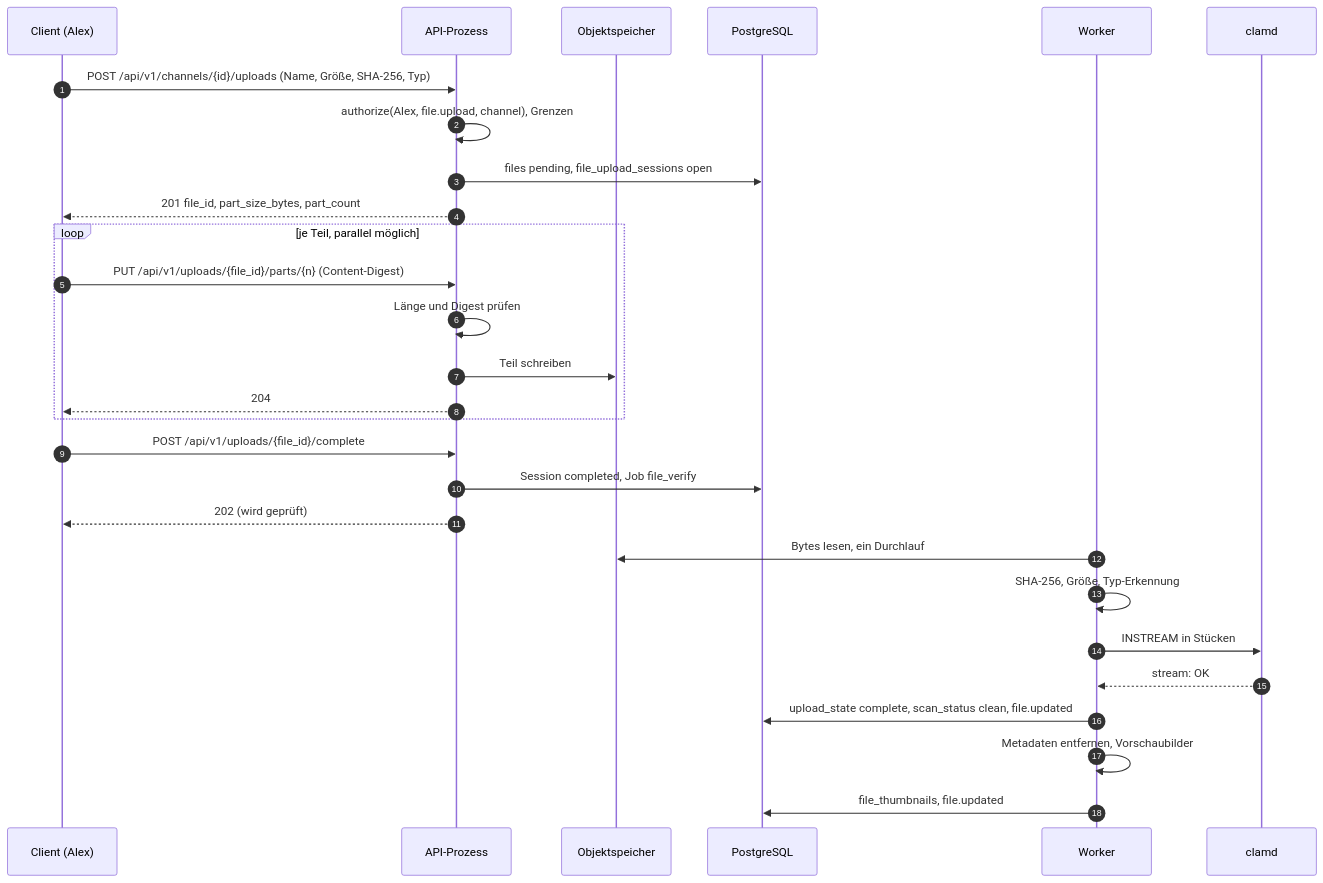
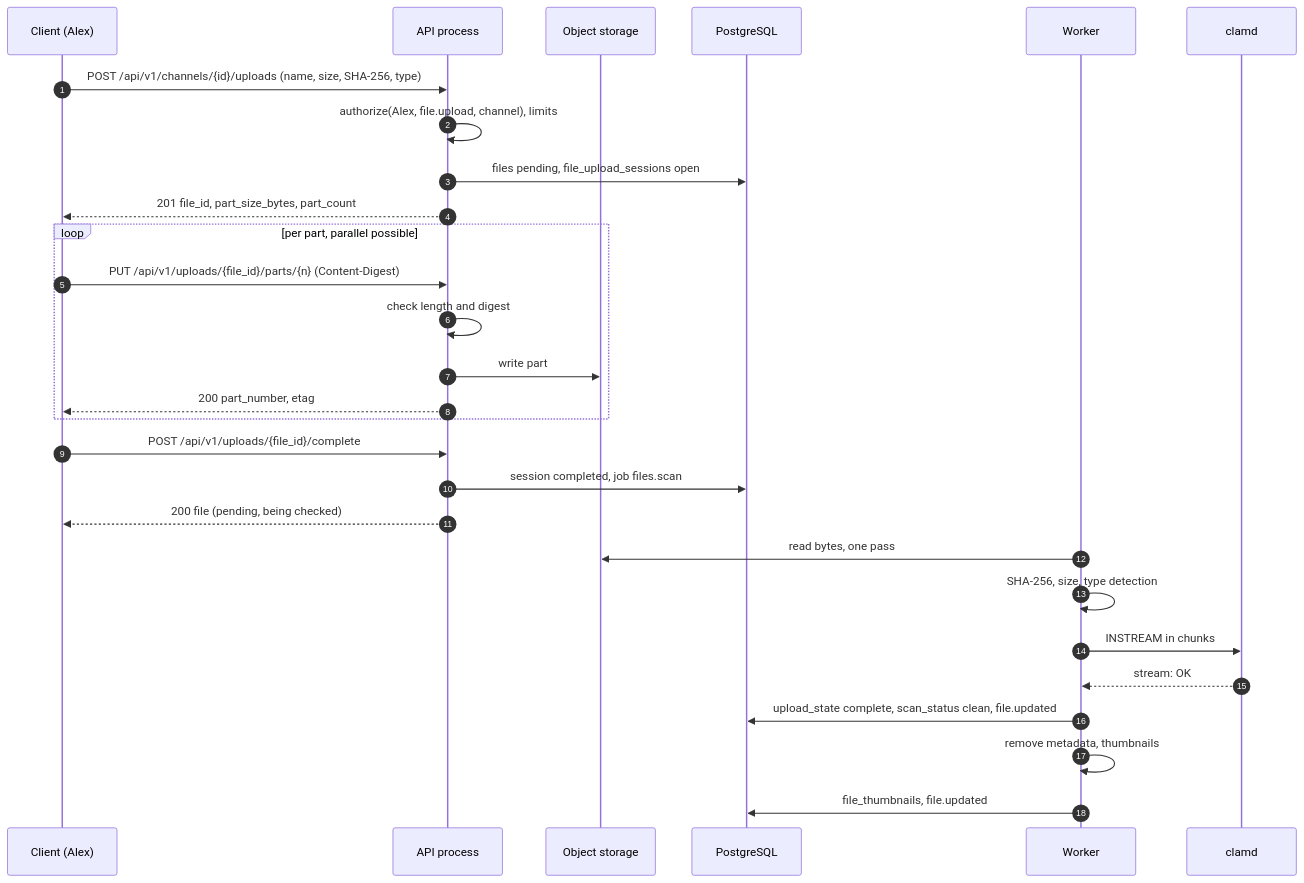
The second of 2 diagrams in docs/spec/12-dateien.md (mguttmann/bothy), drawn with Mermaid before and after one commit. The commit also changed other lines of this file and 139 other files, not shown here.

````diff
--- a/docs/spec/12-dateien.md
+++ b/docs/spec/12-dateien.md
@@ -186,30 +222,30 @@
 ```mermaid
 sequenceDiagram
     autonumber
     participant C as Client (Alex)
-    participant API as API-Prozess
-    participant OS as Objektspeicher
+    participant API as API process
+    participant OS as Object storage
     participant DB as PostgreSQL
     participant W as Worker
     participant AV as clamd
-    C->>API: POST /api/v1/channels/{id}/uploads (Name, Größe, SHA-256, Typ)
-    API->>API: authorize(Alex, file.upload, channel), Grenzen
+    C->>API: POST /api/v1/channels/{id}/uploads (name, size, SHA-256, type)
+    API->>API: authorize(Alex, file.upload, channel), limits
     API->>DB: files pending, file_upload_sessions open
     API-->>C: 201 file_id, part_size_bytes, part_count
-    loop je Teil, parallel möglich
+    loop per part, parallel possible
         C->>API: PUT /api/v1/uploads/{file_id}/parts/{n} (Content-Digest)
-        API->>API: Länge und Digest prüfen
-        API->>OS: Teil schreiben
-        API-->>C: 204
+        API->>API: check length and digest
+        API->>OS: write part
+        API-->>C: 200 part_number, etag
     end
     C->>API: POST /api/v1/uploads/{file_id}/complete
-    API->>DB: Session completed, Job file_verify
-    API-->>C: 202 (wird geprüft)
-    W->>OS: Bytes lesen, ein Durchlauf
-    W->>W: SHA-256, Größe, Typ-Erkennung
-    W->>AV: INSTREAM in Stücken
+    API->>DB: session completed, job files.scan
+    API-->>C: 200 file (pending, being checked)
+    W->>OS: read bytes, one pass
+    W->>W: SHA-256, size, type detection
+    W->>AV: INSTREAM in chunks
     AV-->>W: stream: OK
     W->>DB: upload_state complete, scan_status clean, file.updated
-    W->>W: Metadaten entfernen, Vorschaubilder
+    W->>W: remove metadata, thumbnails
     W->>DB: file_thumbnails, file.updated
 ```
````
